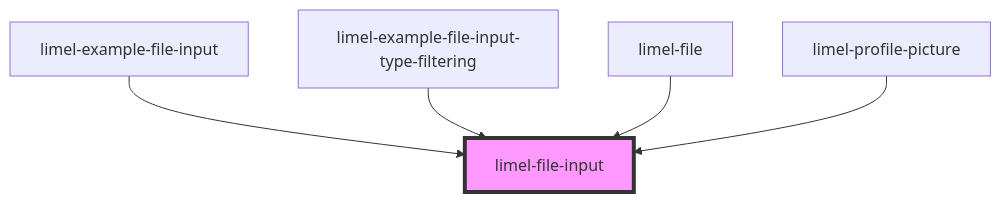
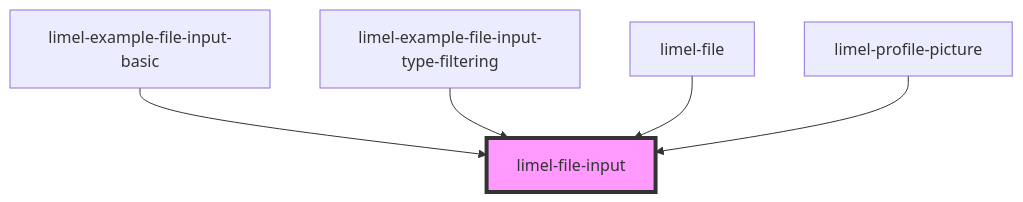
One commit to Lundalogik/lime-elements changed the diagram in versions/PR-3981/markdown-docs/components/file-input/readme.md. Above: the diagram before and after it, drawn with Mermaid. The commit also changed other lines of this file and 211 other files, not shown here.

````diff
--- a/versions/PR-3981/markdown-docs/components/file-input/readme.md
+++ b/versions/PR-3981/markdown-docs/components/file-input/readme.md
@@ -45,8 +45,8 @@
 ```mermaid
 graph TD;
-  limel-example-file-input --> limel-file-input
+  limel-example-file-input-basic --> limel-file-input
   limel-example-file-input-type-filtering --> limel-file-input
   limel-file --> limel-file-input
   limel-profile-picture --> limel-file-input
   style limel-file-input fill:#f9f,stroke:#333,stroke-width:4px
 ```
````
